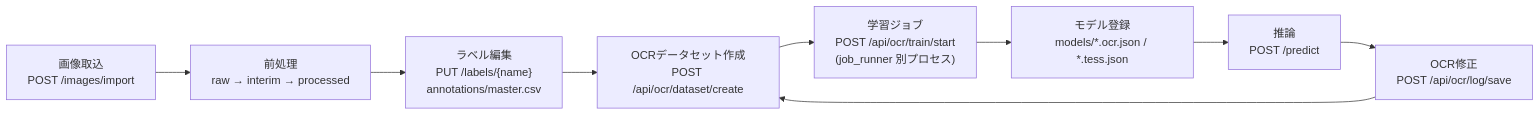
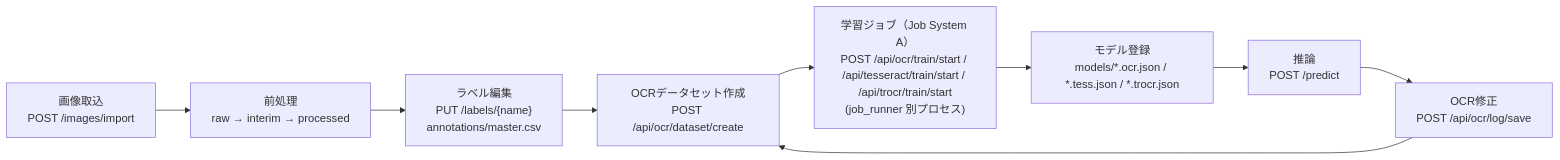
The third of 3 diagrams in docs/01_ARCHITECTURE.md (bs-shashimoto2048/OCR_Crafter), drawn with Mermaid before and after one commit. The commit also changed other lines of this file and 14 other files, not shown here.

First line of the commit message:
docs: Post-TrOCR Production Documentation Consolidationを実施する (#168) (#169)

````diff
--- a/docs/01_ARCHITECTURE.md
+++ b/docs/01_ARCHITECTURE.md
@@ -91,11 +112,11 @@
 ```mermaid
 flowchart LR
     A["画像取込<br/>POST /images/import"] --> B["前処理<br/>raw → interim → processed"]
     B --> C["ラベル編集<br/>PUT /labels/{name}<br/>annotations/master.csv"]
     C --> D["OCRデータセット作成<br/>POST /api/ocr/dataset/create"]
-    D --> E["学習ジョブ<br/>POST /api/ocr/train/start<br/>(job_runner 別プロセス)"]
-    E --> F["モデル登録<br/>models/*.ocr.json / *.tess.json"]
+    D --> E["学習ジョブ（Job System A）<br/>POST /api/ocr/train/start / /api/tesseract/train/start / /api/trocr/train/start<br/>(job_runner 別プロセス)"]
+    E --> F["モデル登録<br/>models/*.ocr.json / *.tess.json / *.trocr.json"]
     F --> G["推論<br/>POST /predict"]
     G --> H["OCR修正<br/>POST /api/ocr/log/save"]
     H --> D
 ```
````
